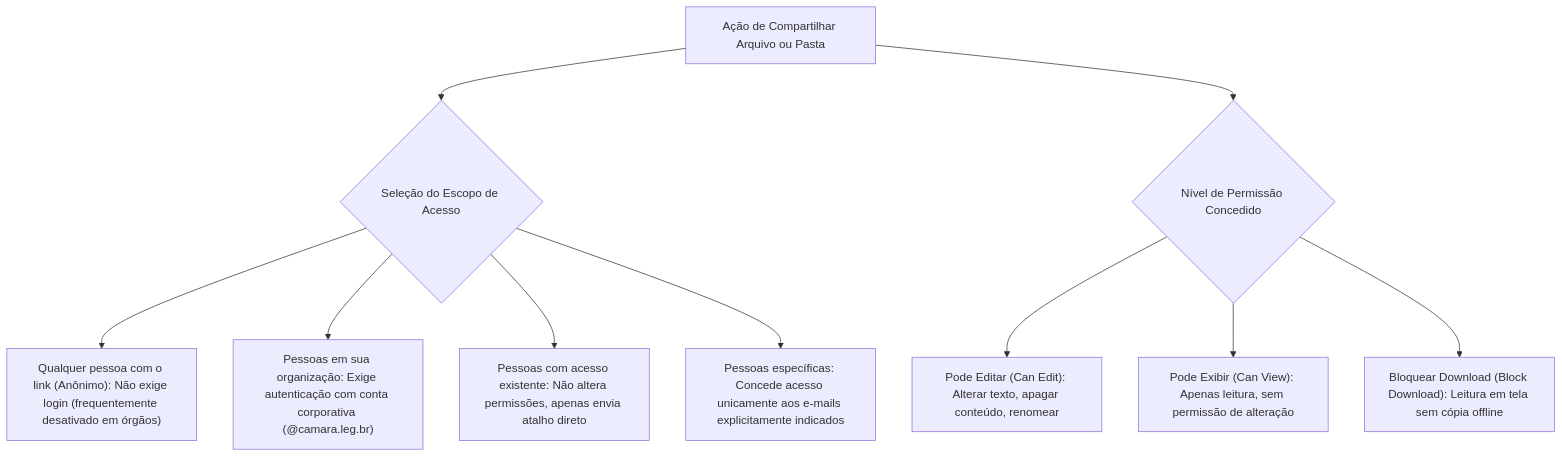
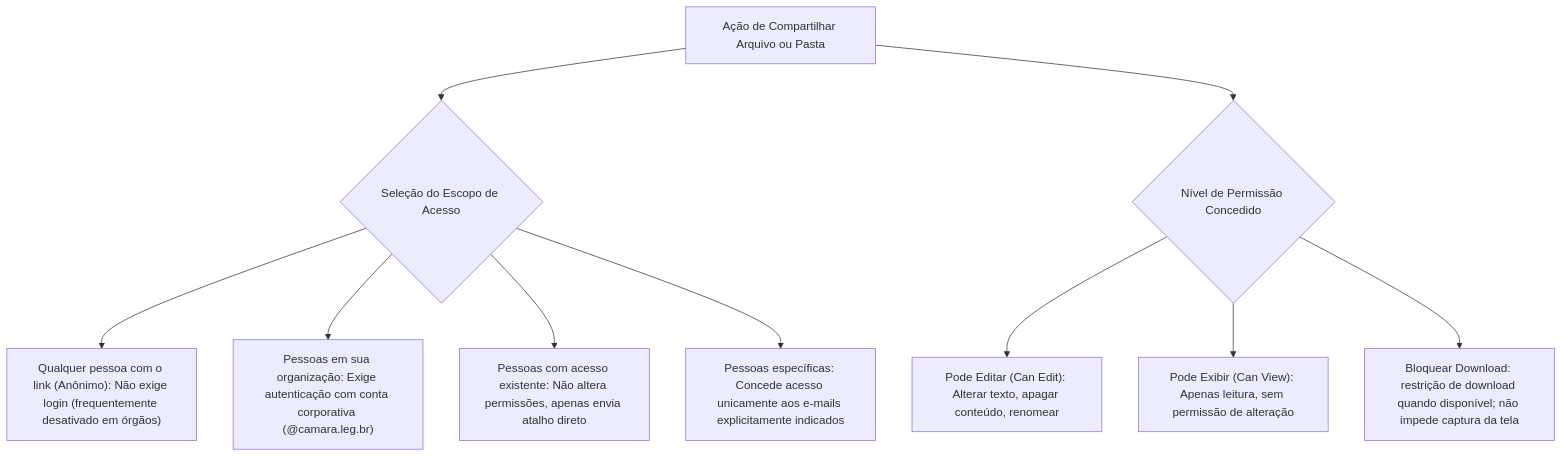
One commit to leorruas/concursos changed the first of 3 diagrams in 3 - Materias/Informatica/07 - onedrive sincronizacao compartilhamento e permissoes.md. Above: the diagram before and after it, drawn with Mermaid. The commit also changed other lines of this file, not shown here.

````diff
--- a/3 - Materias/Informatica/07 - onedrive sincronizacao compartilhamento e permissoes.md
+++ b/3 - Materias/Informatica/07 - onedrive sincronizacao compartilhamento e permissoes.md
@@ -41,13 +41,13 @@
 ```mermaid
 flowchart TD
     Share["Ação de Compartilhar Arquivo ou Pasta"] --> Escopo{"Seleção do Escopo de Acesso"}
     Escopo --> E1["Qualquer pessoa com o link (Anônimo): Não exige login (frequentemente desativado em órgãos)"]
     Escopo --> E2["Pessoas em sua organização: Exige autenticação com conta corporativa (@camara.leg.br)"]
     Escopo --> E3["Pessoas com acesso existente: Não altera permissões, apenas envia atalho direto"]
     Escopo --> E4["Pessoas específicas: Concede acesso unicamente aos e-mails explicitamente indicados"]
     
     Share --> Permissao{"Nível de Permissão Concedido"}
     Permissao --> P1["Pode Editar (Can Edit): Alterar texto, apagar conteúdo, renomear"]
     Permissao --> P2["Pode Exibir (Can View): Apenas leitura, sem permissão de alteração"]
-    Permissao --> P3["Bloquear Download (Block Download): Leitura em tela sem cópia offline"]
+    Permissao --> P3["Bloquear Download: restrição de download quando disponível; não impede captura da tela"]
 ```
````
